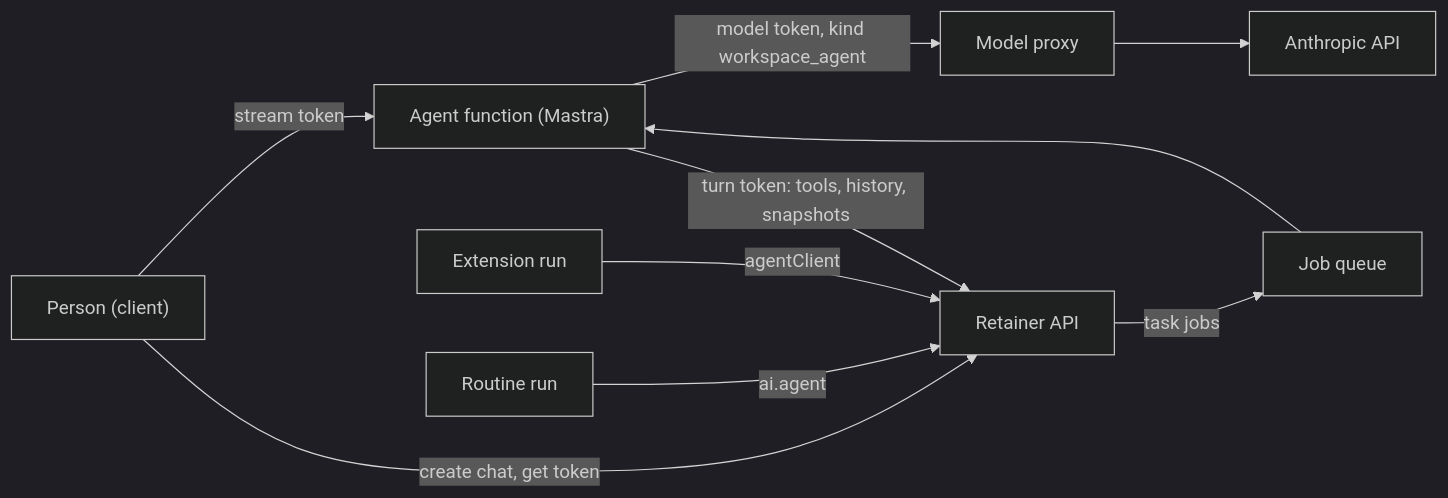
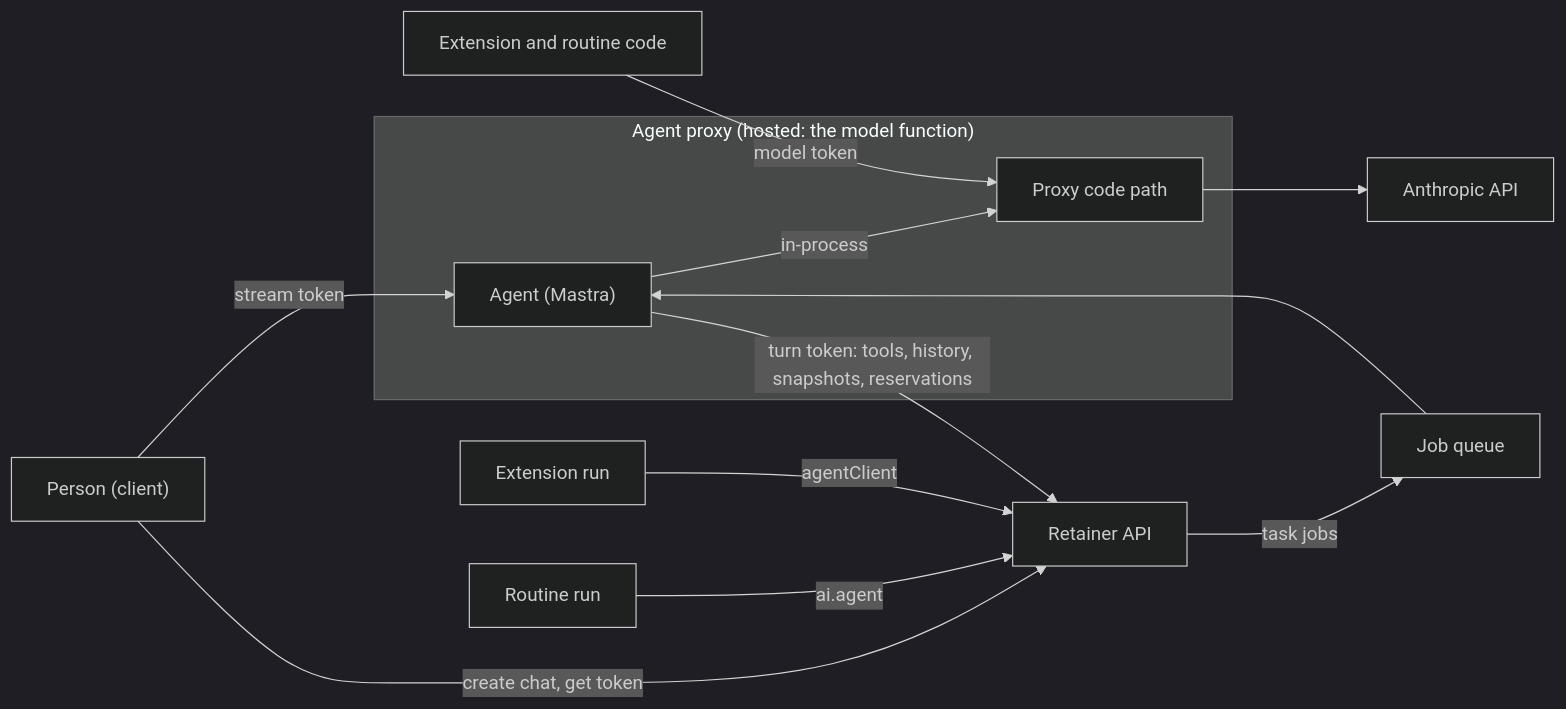
One commit to Tamloot-cc/Retainer changed the diagram in docs/specs/agent.md. Above: the diagram before and after it, drawn with Mermaid (dark theme). The commit also changed other lines of this file, not shown here.

First line of the commit message:
Agent spec: round 5 fixes, agent runs in the model proxy

````diff
--- a/docs/specs/agent.md
+++ b/docs/specs/agent.md
@@ -77,12 +84,15 @@
 ```mermaid
 flowchart LR
   P["Person (client)"] -->|"stream token"| AG
   P -->|"create chat, get token"| API
   R["Routine run"] -->|"ai.agent"| API
   X["Extension run"] -->|"agentClient"| API
   API["Retainer API"] -->|"task jobs"| Q["Job queue"]
-  Q --> AG["Agent function (Mastra)"]
-  AG -->|"model token, kind workspace_agent"| MP["Model proxy"]
+  Q --> AG
+  subgraph AP["Agent proxy (hosted: the model function)"]
+    AG["Agent (Mastra)"] -->|"in-process"| MP["Proxy code path"]
+  end
+  C["Extension and routine code"] -->|"model token"| MP
   MP --> AN["Anthropic API"]
-  AG -->|"turn token: tools, history, snapshots"| API
+  AG -->|"turn token: tools, history, snapshots, reservations"| API
 ```
````
